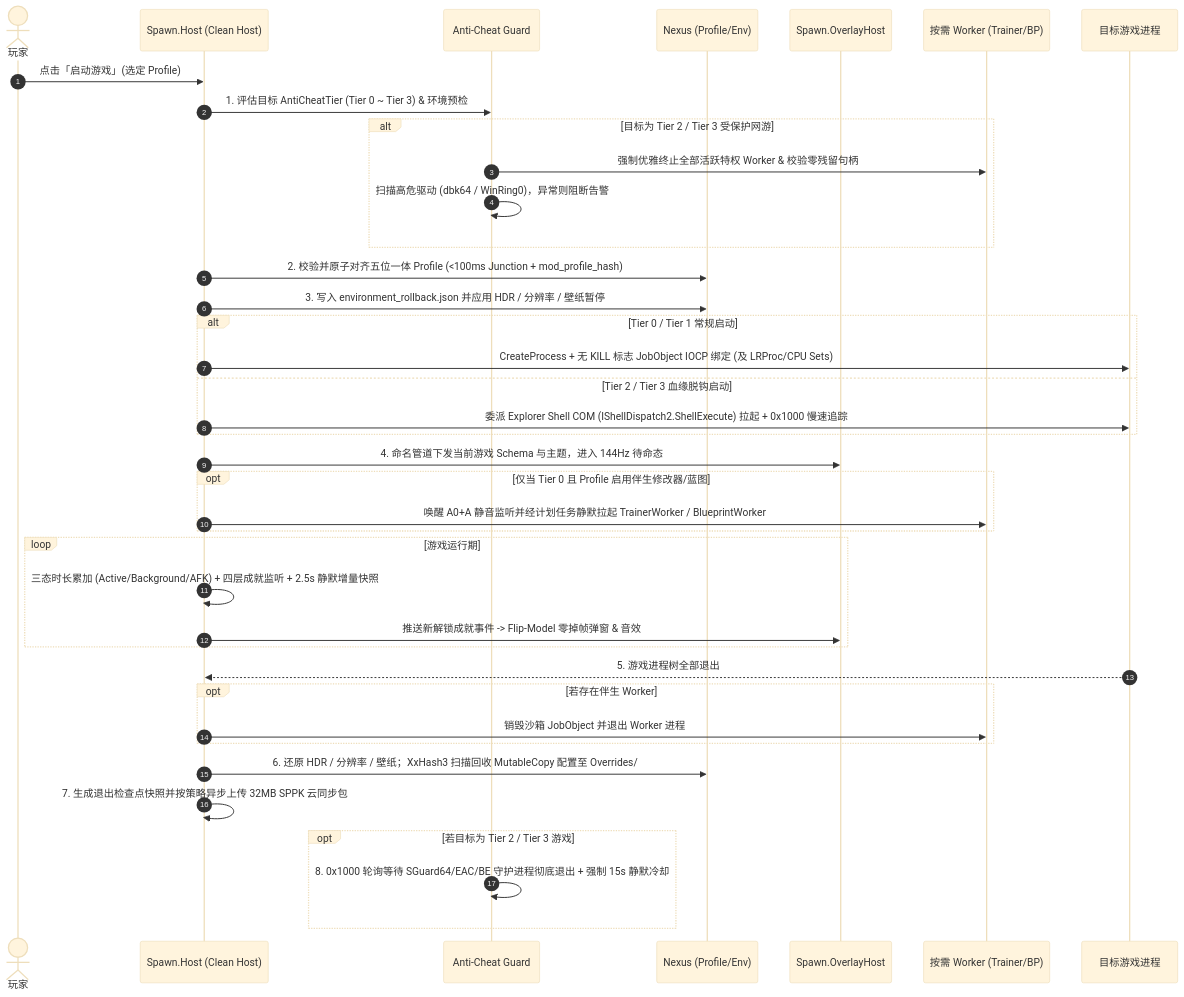
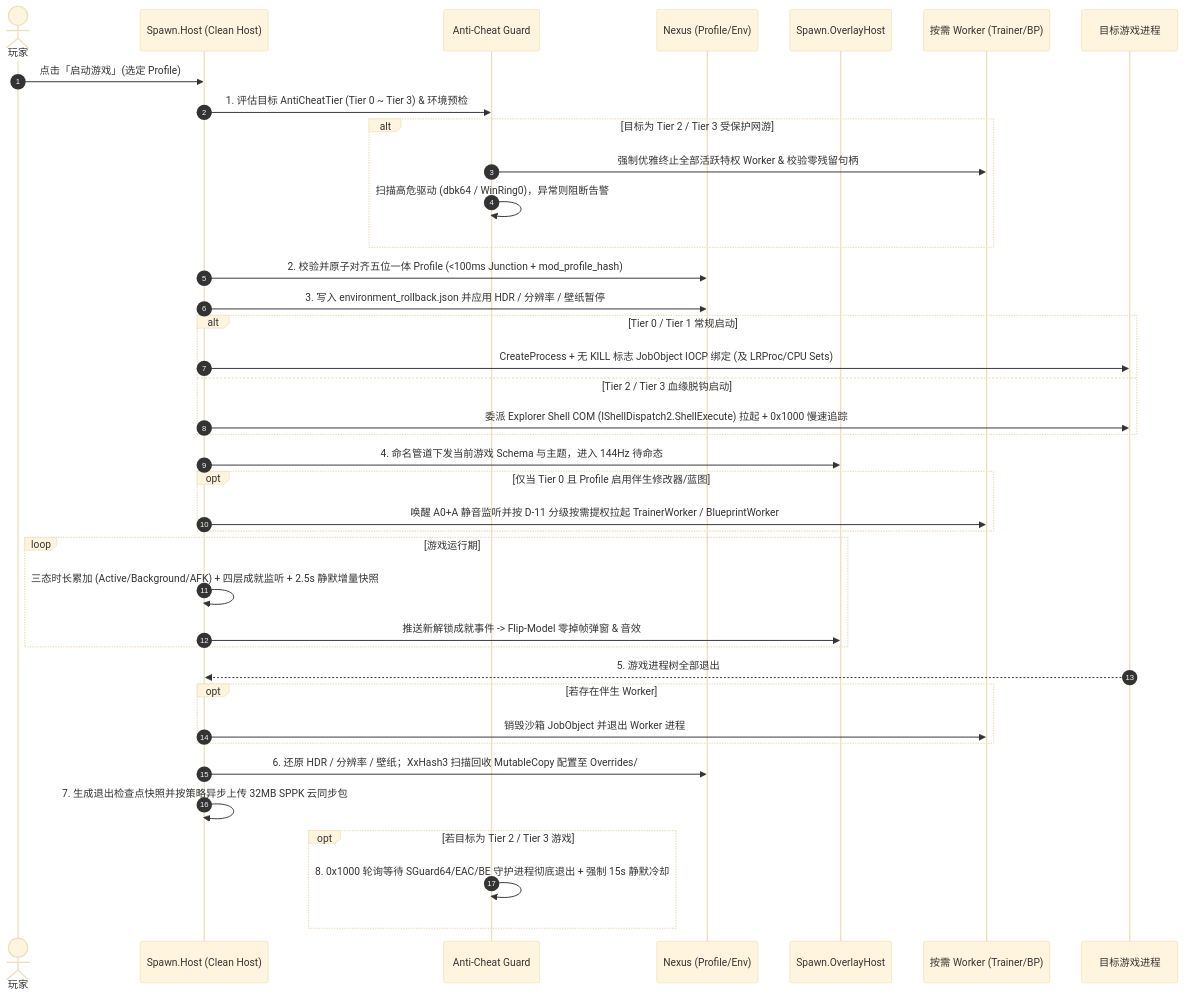
Before and after one commit to chialecode/spawn: the second of 2 diagrams in docs/design/system-architecture.md, drawn with Mermaid (base theme). The commit also changed other lines of this file and 196 other files, not shown here.

````diff
--- a/docs/design/system-architecture.md
+++ b/docs/design/system-architecture.md
@@ -107,48 +107,48 @@
 ```mermaid
 sequenceDiagram
     autonumber
     actor User as 玩家
     participant Host as Spawn.Host (Clean Host)
     participant Guard as Anti-Cheat Guard
     participant Nexus as Nexus (Profile/Env)
     participant Overlay as Spawn.OverlayHost
     participant Worker as 按需 Worker (Trainer/BP)
     participant Game as 目标游戏进程
 
     User->>Host: 点击「启动游戏」(选定 Profile)
     Host->>Guard: 1. 评估目标 AntiCheatTier (Tier 0 ~ Tier 3) & 环境预检
     alt 目标为 Tier 2 / Tier 3 受保护网游
         Guard->>Worker: 强制优雅终止全部活跃特权 Worker & 校验零残留句柄
         Guard->>Guard: 扫描高危驱动 (dbk64 / WinRing0)，异常则阻断告警
     end
 
     Host->>Nexus: 2. 校验并原子对齐五位一体 Profile (<100ms Junction + mod_profile_hash)
     Host->>Nexus: 3. 写入 environment_rollback.json 并应用 HDR / 分辨率 / 壁纸暂停
 
     alt Tier 0 / Tier 1 常规启动
         Host->>Game: CreateProcess + 无 KILL 标志 JobObject IOCP 绑定 (及 LRProc/CPU Sets)
     else Tier 2 / Tier 3 血缘脱钩启动
         Host->>Game: 委派 Explorer Shell COM (IShellDispatch2.ShellExecute) 拉起 + 0x1000 慢速追踪
     end
 
     Host->>Overlay: 4. 命名管道下发当前游戏 Schema 与主题，进入 144Hz 待命态
     opt 仅当 Tier 0 且 Profile 启用伴生修改器/蓝图
-        Host->>Worker: 唤醒 A0+A 静音监听并经计划任务静默拉起 TrainerWorker / BlueprintWorker
+        Host->>Worker: 唤醒 A0+A 静音监听并按 D-11 分级按需提权拉起 TrainerWorker / BlueprintWorker
     end
 
     loop 游戏运行期
         Host->>Host: 三态时长累加 (Active/Background/AFK) + 四层成就监听 + 2.5s 静默增量快照
         Host->>Overlay: 推送新解锁成就事件 -> Flip-Model 零掉帧弹窗 & 音效
     end
 
     Game-->>Host: 5. 游戏进程树全部退出
     opt 若存在伴生 Worker
         Host->>Worker: 销毁沙箱 JobObject 并退出 Worker 进程
     end
     Host->>Nexus: 6. 还原 HDR / 分辨率 / 壁纸；XxHash3 扫描回收 MutableCopy 配置至 Overrides/
     Host->>Host: 7. 生成退出检查点快照并按策略异步上传 32MB SPPK 云同步包
 
     opt 若目标为 Tier 2 / Tier 3 游戏
         Guard->>Guard: 8. 0x1000 轮询等待 SGuard64/EAC/BE 守护进程彻底退出 + 强制 15s 静默冷却
     end
 ```
````
